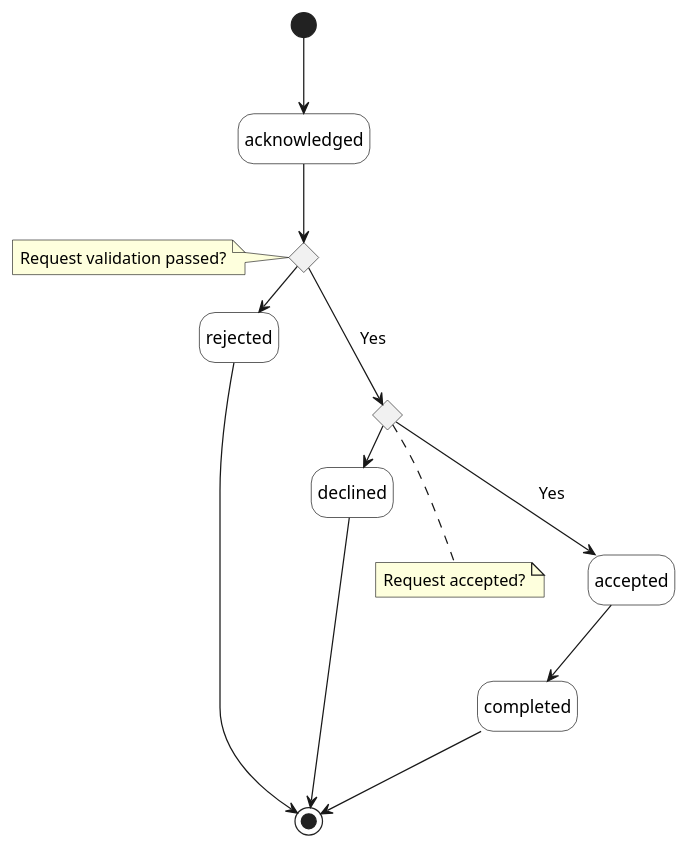
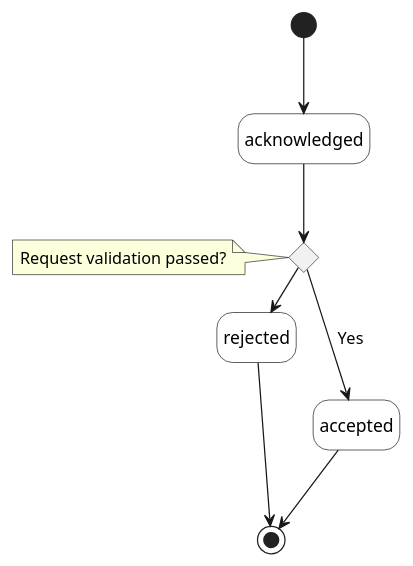
Before and after one commit to MEF-GIT/MEF-LSO-Interlude-SDK: the diagram in documentation/serviceApi/sft/serviceTest/media/src/modifyTestJobStates.puml, drawn with PlantUML. The commit also changed 120 other files, not shown here.

```diff
--- a/documentation/serviceApi/sft/serviceTest/media/src/modifyTestJobStates.puml
+++ b/documentation/serviceApi/sft/serviceTest/media/src/modifyTestJobStates.puml
@@ -1,41 +1,29 @@
 @startuml resumeTestJobStates
 
 ' skinparam Linetype polyline
 ' skinparam Linetype ortho
 skinparam state {
     BackgroundColor White
     BorderColor Black
 }
 hide empty description
 
 '''decisions'''
 state request_validated <<choice>> 
  note left of request_validated : Request validation passed?
 
-state request_accepted <<choice>> 
- note bottom of request_accepted : Request accepted?
-
 ''' diagram'''
 [*] -d-> acknowledged
 
 acknowledged -d-> request_validated
 
-request_validated -d-> request_accepted: Yes
+request_validated -d-> accepted: Yes
 
 request_validated -r-> rejected: No
-
-request_accepted -d-> accepted: Yes
-
-request_accepted -r-> declined: No
 
 
 rejected -d-> [*]
 
-accepted -d-> completed
-
-completed -d-> [*]
-
-declined -d-> [*]
-
+accepted -d-> [*]
 
 @enduml
```
